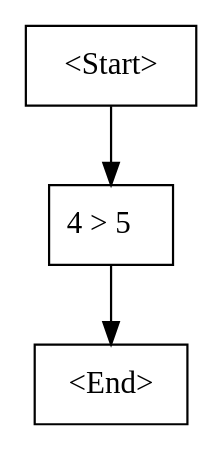
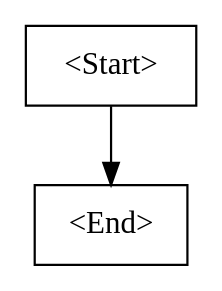
One commit to Sihuai2412/Epsilon changed the diagram in src/epsilon.Tests/bin/Debug/net9.0/cfg.dot. Above: the diagram before and after it, drawn with Graphviz. The commit also changed 43 other files, not shown here.

```diff
--- a/src/epsilon.Tests/bin/Debug/net9.0/cfg.dot
+++ b/src/epsilon.Tests/bin/Debug/net9.0/cfg.dot
@@ -1,7 +1,5 @@
 digraph G {
-    N0 [label = "<Start>" shape = box]
-    N1 [label = "4 > 5\l" shape = box]
-    N2 [label = "<End>" shape = box]
+    N0 [label = "<Start>", shape = box]
+    N1 [label = "<End>", shape = box]
     N0 -> N1 [label = ""]
-    N1 -> N2 [label = ""]
 }
```
